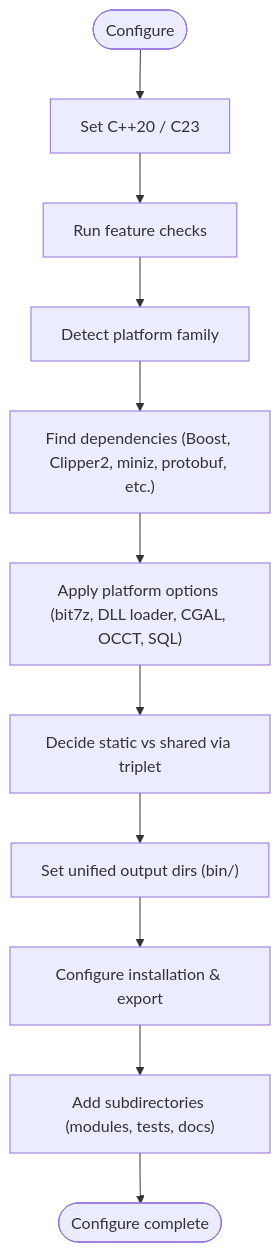
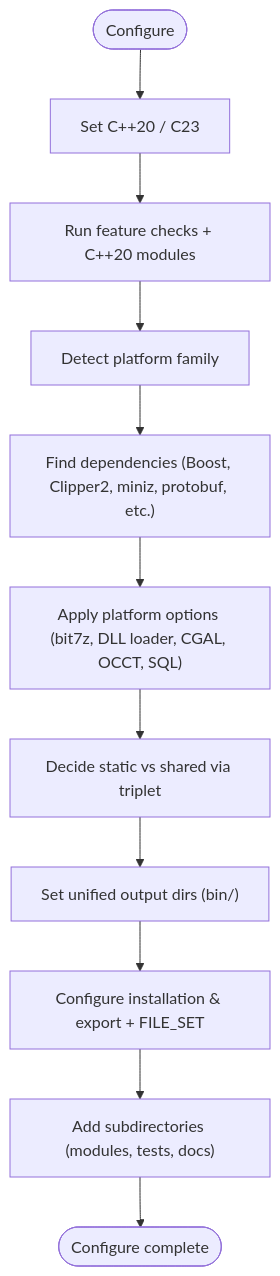
Before and after one commit to hsmbanlance/HsBaSlicer: the third of 18 diagrams in .qoder/repowiki/en/content/Getting Started/Multi-Platform Build System.md, drawn with Mermaid. The commit also changed other lines of this file and 19 other files, not shown here.

````diff
--- a/.qoder/repowiki/en/content/Getting Started/Multi-Platform Build System.md
+++ b/.qoder/repowiki/en/content/Getting Started/Multi-Platform Build System.md
@@ -155,13 +180,13 @@
 ```mermaid
 flowchart TD
 Start(["Configure"]) --> Standards["Set C++20 / C23"]
-Standards --> Features["Run feature checks"]
+Standards --> Features["Run feature checks + C++20 modules"]
 Features --> Platform["Detect platform family"]
 Platform --> Deps["Find dependencies (Boost, Clipper2, miniz, protobuf, etc.)"]
 Deps --> Options["Apply platform options (bit7z, DLL loader, CGAL, OCCT, SQL)"]
 Options --> Linkage["Decide static vs shared via triplet"]
 Linkage --> OutputDirs["Set unified output dirs (bin/<config>)"]
-OutputDirs --> Install["Configure installation & export"]
+OutputDirs --> Install["Configure installation & export + FILE_SET"]
 Install --> Subdirs["Add subdirectories (modules, tests, docs)"]
 Subdirs --> End(["Configure complete"])
 ```
````
